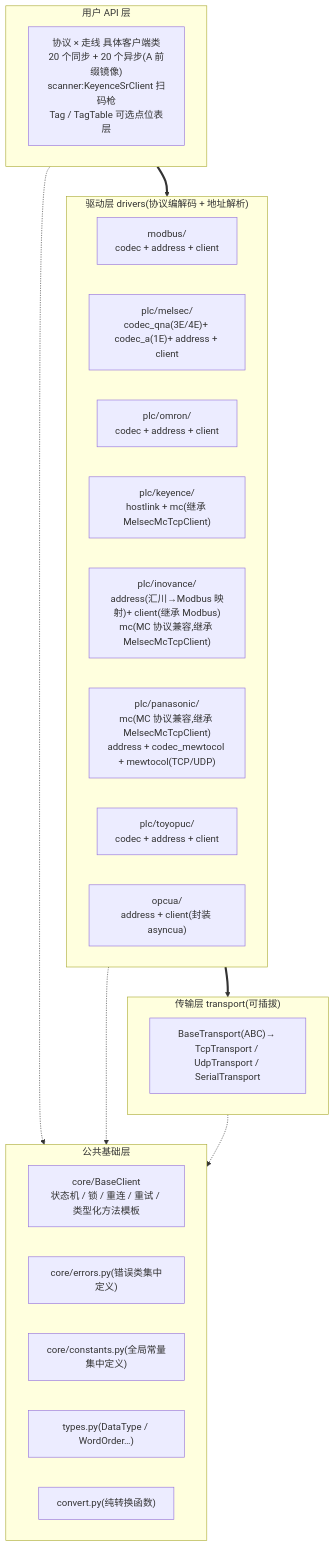
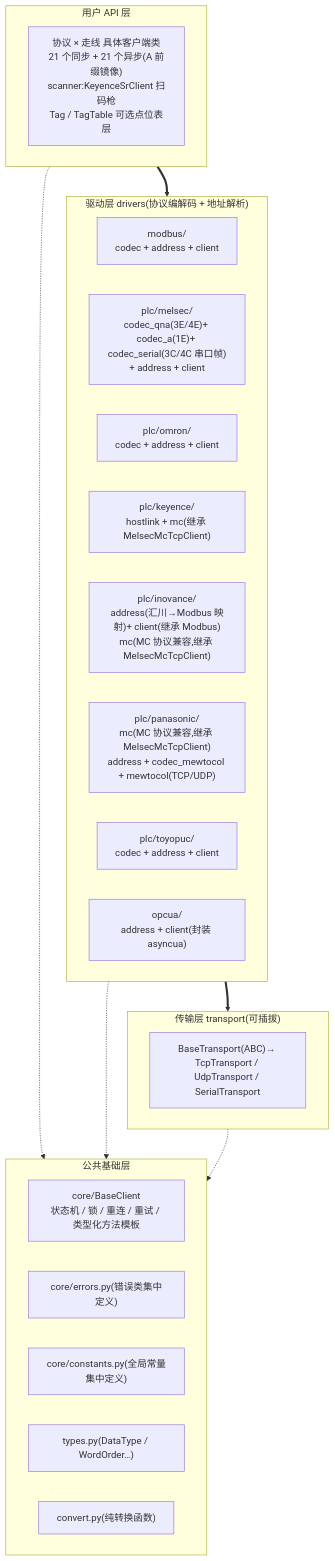
Before and after one commit to yunluo/omniplc: the first of 3 diagrams in docs/architecture.md, drawn with Mermaid. The commit also changed other lines of this file and 11 other files, not shown here.

````diff
--- a/docs/architecture.md
+++ b/docs/architecture.md
@@ -13,32 +13,32 @@
 ```mermaid
 flowchart TB
     subgraph UserApi["用户 API 层"]
-        Clients["协议 × 走线 具体客户端类<br/>20 个同步 + 20 个异步(A 前缀镜像)<br/>scanner:KeyenceSrClient 扫码枪<br/>Tag / TagTable 可选点位表层"]
+        Clients["协议 × 走线 具体客户端类<br/>21 个同步 + 21 个异步(A 前缀镜像)<br/>scanner:KeyenceSrClient 扫码枪<br/>Tag / TagTable 可选点位表层"]
     end
     subgraph Drivers["驱动层 drivers(协议编解码 + 地址解析)"]
         Modbus["modbus/<br/>codec + address + client"]
-        Melsec["plc/melsec/<br/>codec_qna(3E/4E)+ codec_a(1E)+ address + client"]
+        Melsec["plc/melsec/<br/>codec_qna(3E/4E)+ codec_a(1E)+ codec_serial(3C/4C 串口帧)<br/>+ address + client"]
         Omron["plc/omron/<br/>codec + address + client"]
         Keyence["plc/keyence/<br/>hostlink + mc(继承 MelsecMcTcpClient)"]
         InovanceD["plc/inovance/<br/>address(汇川→Modbus 映射)+ client(继承 Modbus)<br/>mc(MC 协议兼容,继承 MelsecMcTcpClient)"]
         PanasonicD["plc/panasonic/<br/>mc(MC 协议兼容,继承 MelsecMcTcpClient)<br/>address + codec_mewtocol + mewtocol(TCP/UDP)"]
         Toyopuc["plc/toyopuc/<br/>codec + address + client"]
         Opcua["opcua/<br/>address + client(封装 asyncua)"]
     end
     subgraph TransportLayer["传输层 transport(可插拔)"]
         TransportList["BaseTransport(ABC)→ TcpTransport / UdpTransport / SerialTransport"]
     end
     subgraph CoreLayer["公共基础层"]
         BaseClientC["core/BaseClient<br/>状态机 / 锁 / 重连 / 重试 / 类型化方法模板"]
         Errors["core/errors.py(错误类集中定义)"]
         Constants["core/constants.py(全局常量集中定义)"]
         TypesC["types.py(DataType / WordOrder…)"]
         ConvertC["convert.py(纯转换函数)"]
     end
 
     UserApi ==> Drivers
     Drivers ==> TransportLayer
     UserApi -.-> CoreLayer
     Drivers -.-> CoreLayer
     TransportLayer -.-> CoreLayer
 ```
````
